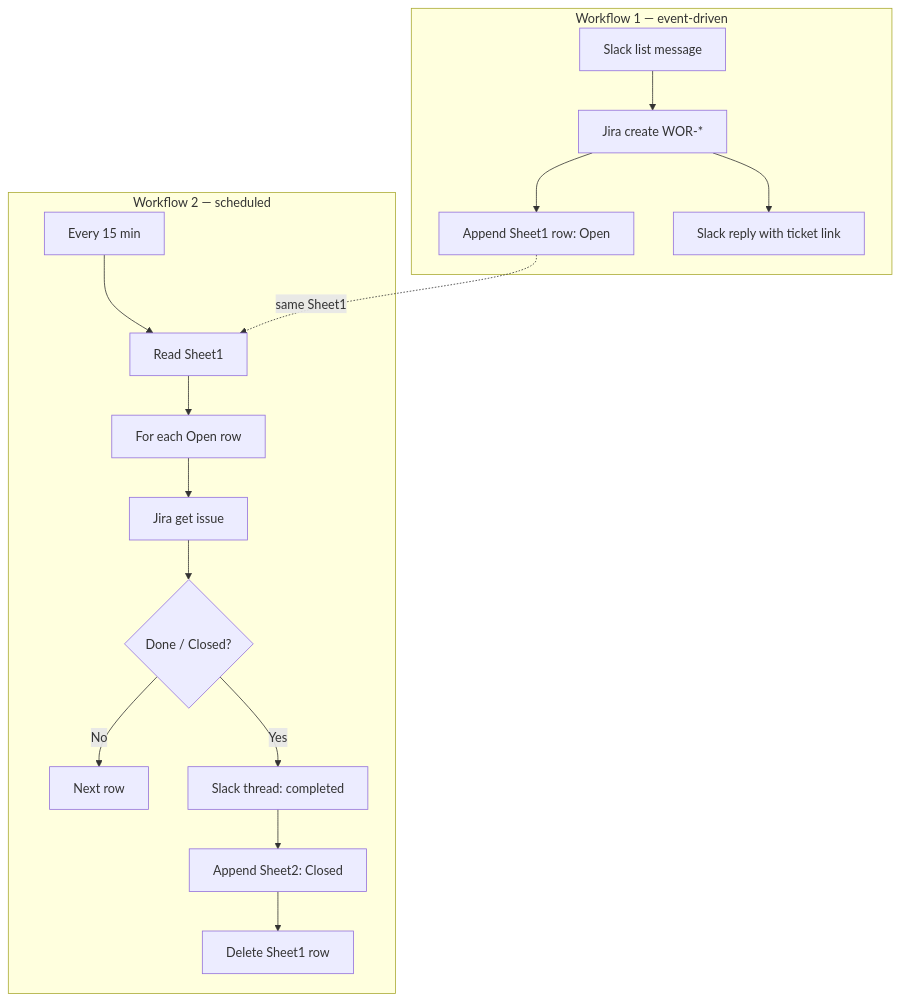
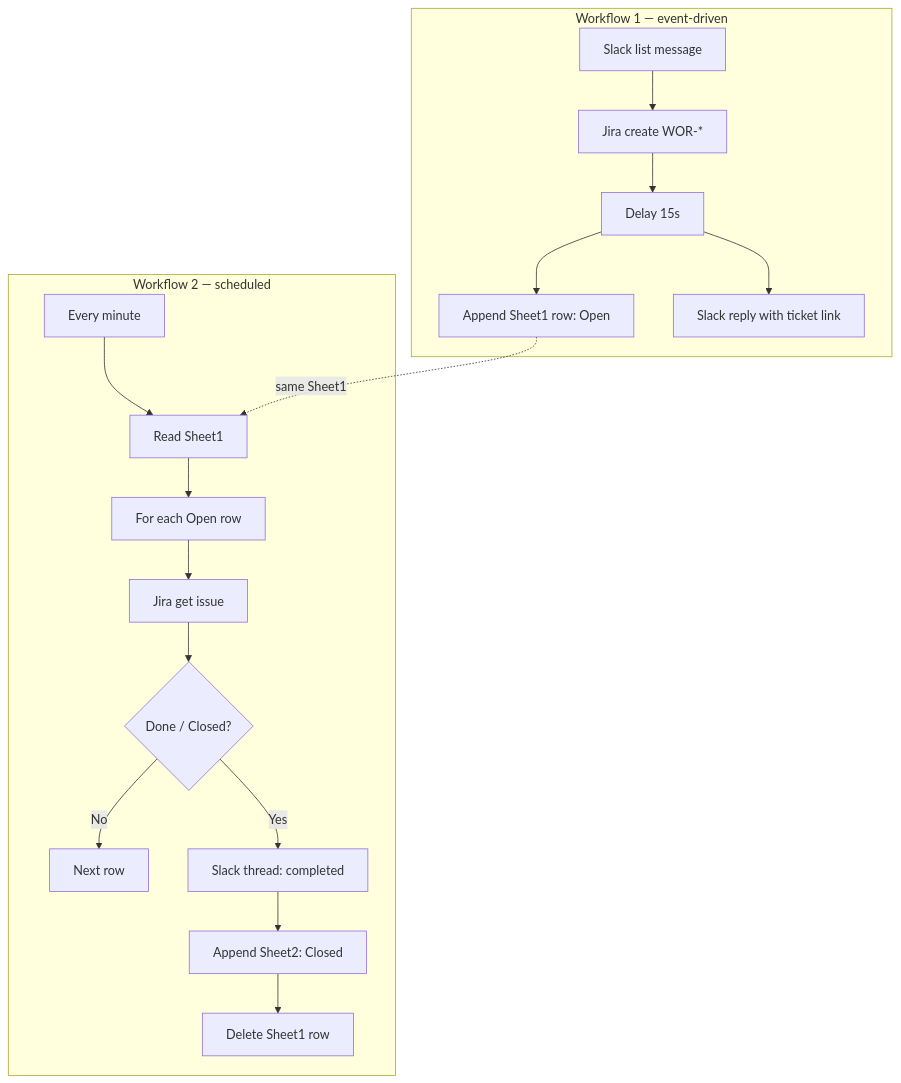
The first of 3 diagrams in field-sales-queries/documentation.md (tylertan-tech/people-tech-langdock), drawn with Mermaid before and after one commit. The commit also changed other lines of this file and 3 other files, not shown here.

````diff
--- a/field-sales-queries/documentation.md
+++ b/field-sales-queries/documentation.md
@@ -16,19 +24,20 @@
 ```mermaid
 flowchart TB
   subgraph WF1["Workflow 1 — event-driven"]
     S[Slack list message] --> J1[Jira create WOR-*]
-    J1 --> SH1[Append Sheet1 row: Open]
-    J1 --> R1[Slack reply with ticket link]
+    J1 --> D1[Delay 15s]
+    D1 --> SH1[Append Sheet1 row: Open]
+    D1 --> R1[Slack reply with ticket link]
   end
   subgraph WF2["Workflow 2 — scheduled"]
-    CRON[Every 15 min] --> RD[Read Sheet1]
+    CRON[Every minute] --> RD[Read Sheet1]
     RD --> LOOP[For each Open row]
     LOOP --> J2[Jira get issue]
     J2 --> Q{Done / Closed?}
     Q -->|No| NEXT[Next row]
     Q -->|Yes| R2[Slack thread: completed]
     R2 --> SH2[Append Sheet2: Closed]
     SH2 --> RM[Delete Sheet1 row]
   end
   SH1 -.->|same Sheet1| RD
 ```
````
